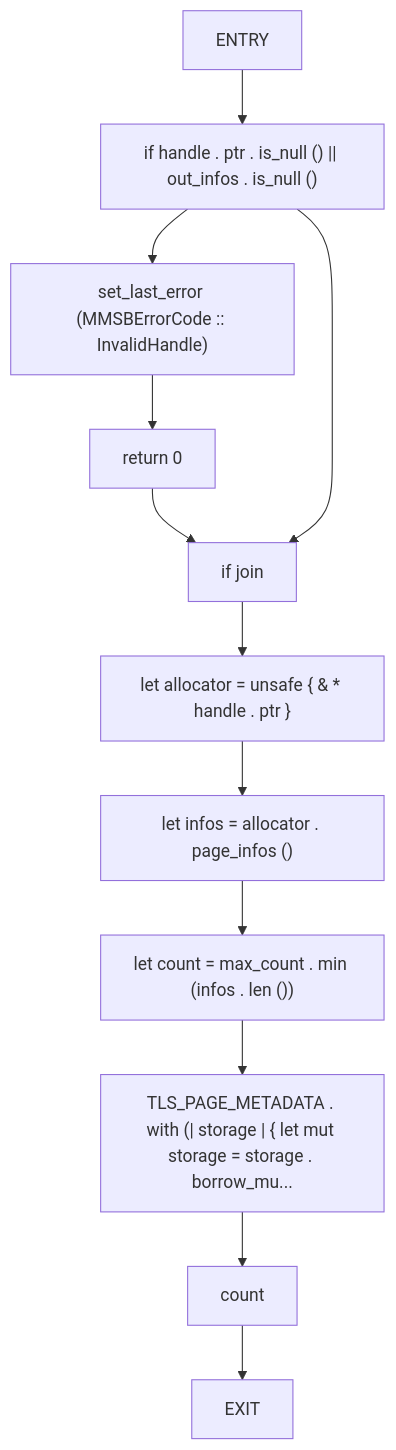
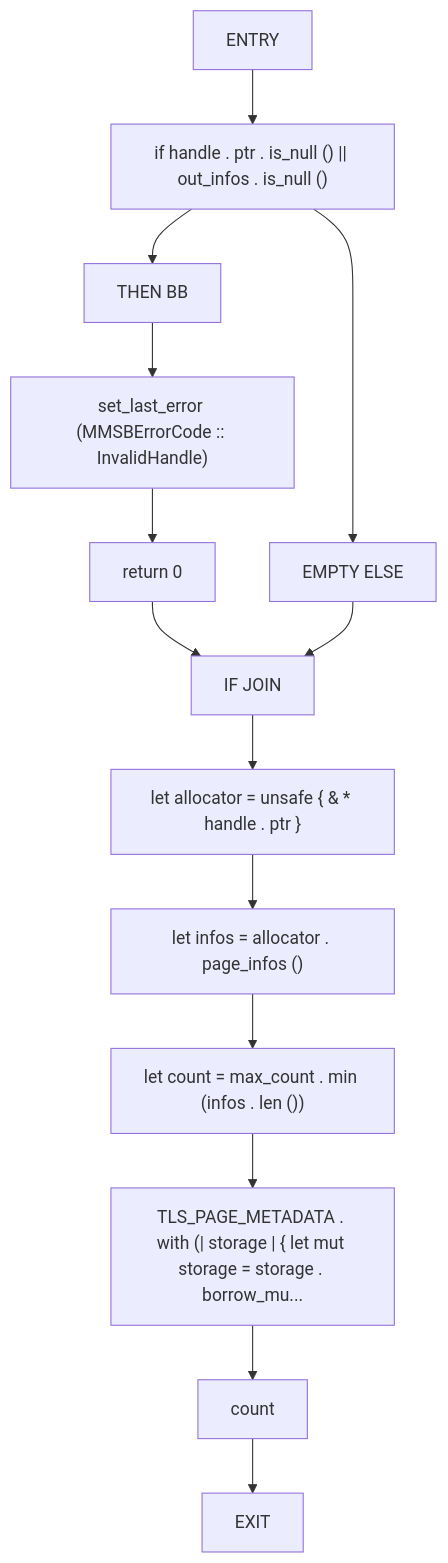
One commit to cicero-violate/MMSB changed the eighth of 56 diagrams in docs/analysis/cfg/080-src-ffi_rs.md. Above: the diagram before and after it, drawn with Mermaid. The commit also changed other lines of this file and 865 other files, not shown here.

````diff
--- a/docs/analysis/cfg/080-src-ffi_rs.md
+++ b/docs/analysis/cfg/080-src-ffi_rs.md
@@ -235,25 +259,29 @@
 ```mermaid
 flowchart TD
     mmsb_allocator_list_pages_0["ENTRY"]
     mmsb_allocator_list_pages_1["if handle . ptr . is_null () || out_infos . is_null ()"]
-    mmsb_allocator_list_pages_2["set_last_error (MMSBErrorCode :: InvalidHandle)"]
-    mmsb_allocator_list_pages_3["return 0"]
-    mmsb_allocator_list_pages_4["if join"]
-    mmsb_allocator_list_pages_5["let allocator = unsafe { & * handle . ptr }"]
-    mmsb_allocator_list_pages_6["let infos = allocator . page_infos ()"]
-    mmsb_allocator_list_pages_7["let count = max_count . min (infos . len ())"]
-    mmsb_allocator_list_pages_8["TLS_PAGE_METADATA . with (| storage | { let mut storage = storage . borrow_mu..."]
-    mmsb_allocator_list_pages_9["count"]
-    mmsb_allocator_list_pages_10["EXIT"]
+    mmsb_allocator_list_pages_2["THEN BB"]
+    mmsb_allocator_list_pages_3["set_last_error (MMSBErrorCode :: InvalidHandle)"]
+    mmsb_allocator_list_pages_4["return 0"]
+    mmsb_allocator_list_pages_5["EMPTY ELSE"]
+    mmsb_allocator_list_pages_6["IF JOIN"]
+    mmsb_allocator_list_pages_7["let allocator = unsafe { & * handle . ptr }"]
+    mmsb_allocator_list_pages_8["let infos = allocator . page_infos ()"]
+    mmsb_allocator_list_pages_9["let count = max_count . min (infos . len ())"]
+    mmsb_allocator_list_pages_10["TLS_PAGE_METADATA . with (| storage | { let mut storage = storage . borrow_mu..."]
+    mmsb_allocator_list_pages_11["count"]
+    mmsb_allocator_list_pages_12["EXIT"]
     mmsb_allocator_list_pages_0 --> mmsb_allocator_list_pages_1
     mmsb_allocator_list_pages_1 --> mmsb_allocator_list_pages_2
     mmsb_allocator_list_pages_2 --> mmsb_allocator_list_pages_3
     mmsb_allocator_list_pages_3 --> mmsb_allocator_list_pages_4
-    mmsb_allocator_list_pages_1 --> mmsb_allocator_list_pages_4
-    mmsb_allocator_list_pages_4 --> mmsb_allocator_list_pages_5
+    mmsb_allocator_list_pages_1 --> mmsb_allocator_list_pages_5
+    mmsb_allocator_list_pages_4 --> mmsb_allocator_list_pages_6
     mmsb_allocator_list_pages_5 --> mmsb_allocator_list_pages_6
     mmsb_allocator_list_pages_6 --> mmsb_allocator_list_pages_7
     mmsb_allocator_list_pages_7 --> mmsb_allocator_list_pages_8
     mmsb_allocator_list_pages_8 --> mmsb_allocator_list_pages_9
     mmsb_allocator_list_pages_9 --> mmsb_allocator_list_pages_10
+    mmsb_allocator_list_pages_10 --> mmsb_allocator_list_pages_11
+    mmsb_allocator_list_pages_11 --> mmsb_allocator_list_pages_12
 ```
````
